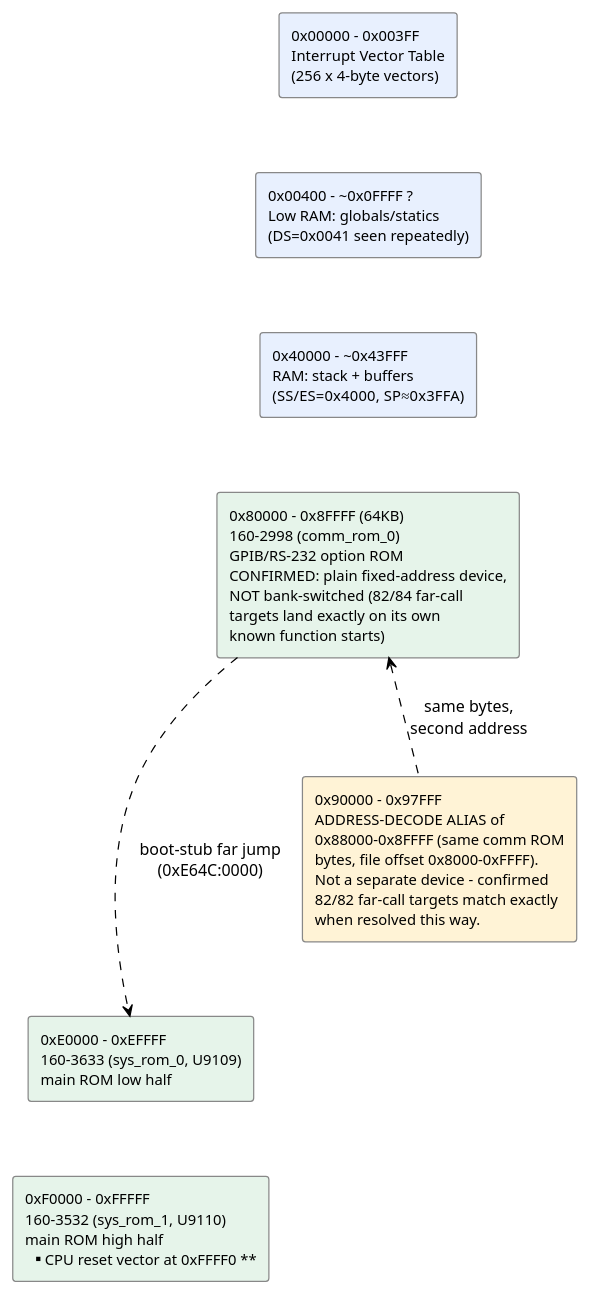
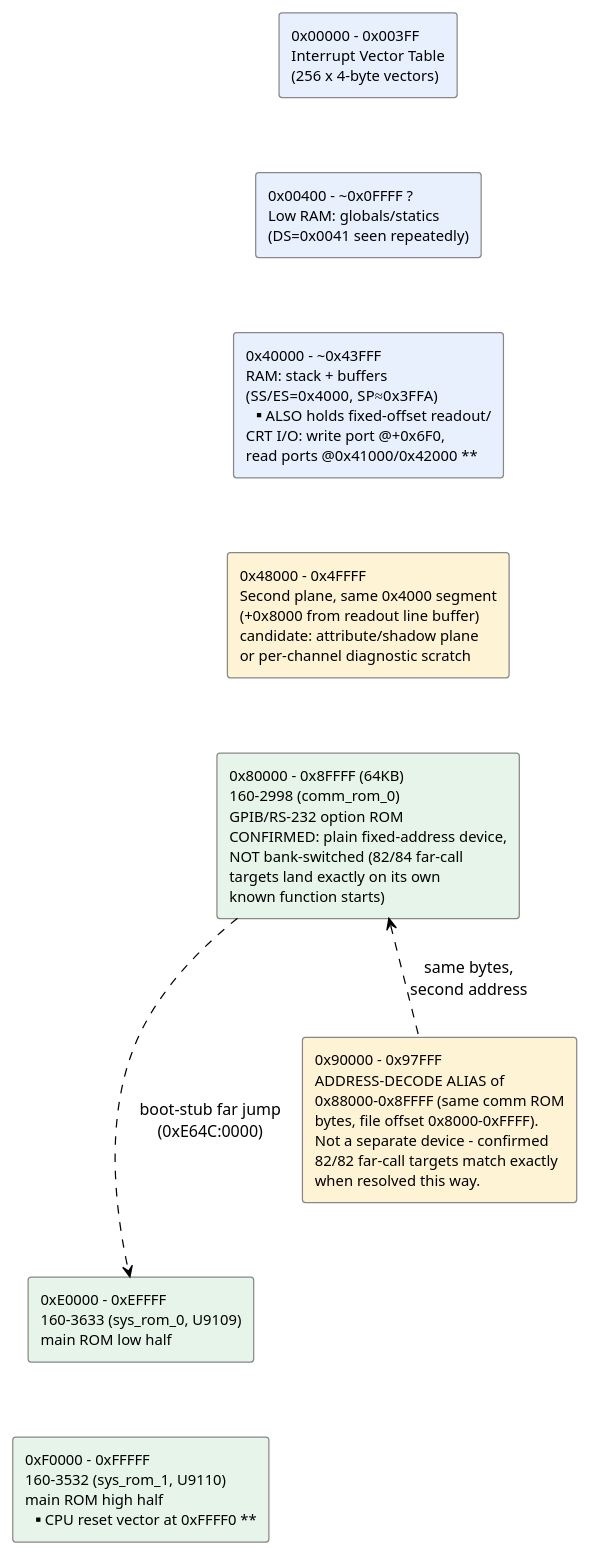
One commit to Mwwhited-BookLearning/tektronix-2230 changed the diagram in MEMORY_MAP.md. Above: the diagram before and after it, drawn with PlantUML. The commit also changed other lines of this file and 14 other files, not shown here.

````diff
--- a/MEMORY_MAP.md
+++ b/MEMORY_MAP.md
@@ -8,26 +8,28 @@
 ```plantuml
 @startuml
 !theme plain
 skinparam backgroundColor transparent
 skinparam rectangle {
   BorderColor #888
   FontSize 12
 }
 rectangle "0x00000 - 0x003FF\nInterrupt Vector Table\n(256 x 4-byte vectors)" as IVT #E8F0FE
 rectangle "0x00400 - ~0x0FFFF ?\nLow RAM: globals/statics\n(DS=0x0041 seen repeatedly)" as LORAM #E8F0FE
-rectangle "0x40000 - ~0x43FFF\nRAM: stack + buffers\n(SS/ES=0x4000, SP≈0x3FFA)" as STACKRAM #E8F0FE
+rectangle "0x40000 - ~0x43FFF\nRAM: stack + buffers\n(SS/ES=0x4000, SP≈0x3FFA)\n** ALSO holds fixed-offset readout/\nCRT I/O: write port @+0x6F0,\nread ports @0x41000/0x42000 **" as STACKRAM #E8F0FE
+rectangle "0x48000 - 0x4FFFF\nSecond plane, same 0x4000 segment\n(+0x8000 from readout line buffer)\ncandidate: attribute/shadow plane\nor per-channel diagnostic scratch" as PLANE2 #FFF3D6
 rectangle "0x80000 - 0x8FFFF (64KB)\n160-2998 (comm_rom_0)\nGPIB/RS-232 option ROM\nCONFIRMED: plain fixed-address device,\nNOT bank-switched (82/84 far-call\ntargets land exactly on its own\nknown function starts)" as COMMROM #E6F4EA
 rectangle "0x90000 - 0x97FFF\nADDRESS-DECODE ALIAS of\n0x88000-0x8FFFF (same comm ROM\nbytes, file offset 0x8000-0xFFFF).\nNot a separate device - confirmed\n82/82 far-call targets match exactly\nwhen resolved this way." as ALIAS #FFF3D6
 rectangle "0xE0000 - 0xEFFFF\n160-3633 (sys_rom_0, U9109)\nmain ROM low half" as ROM_LOW #E6F4EA
 rectangle "0xF0000 - 0xFFFFF\n160-3532 (sys_rom_1, U9110)\nmain ROM high half\n** CPU reset vector at 0xFFFF0 **" as ROM_HIGH #E6F4EA
 
 IVT -[hidden]down- LORAM
 LORAM -[hidden]down- STACKRAM
-STACKRAM -[hidden]down- COMMROM
+STACKRAM -[hidden]down- PLANE2
+PLANE2 -[hidden]down- COMMROM
 COMMROM -[hidden]down- ALIAS
 ALIAS -[hidden]down- ROM_LOW
 ROM_LOW -[hidden]down- ROM_HIGH
 COMMROM .right.> ROM_LOW : boot-stub far jump\n(0xE64C:0000)
 ALIAS .up.> COMMROM : same bytes,\nsecond address
 @enduml
 ```
````
